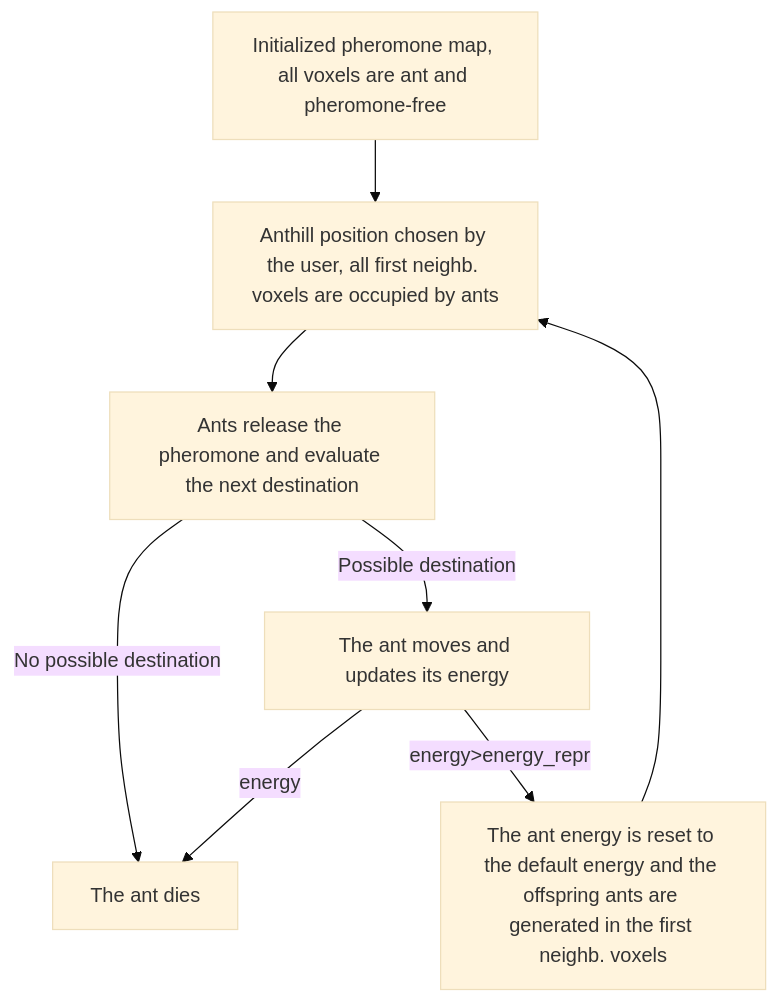
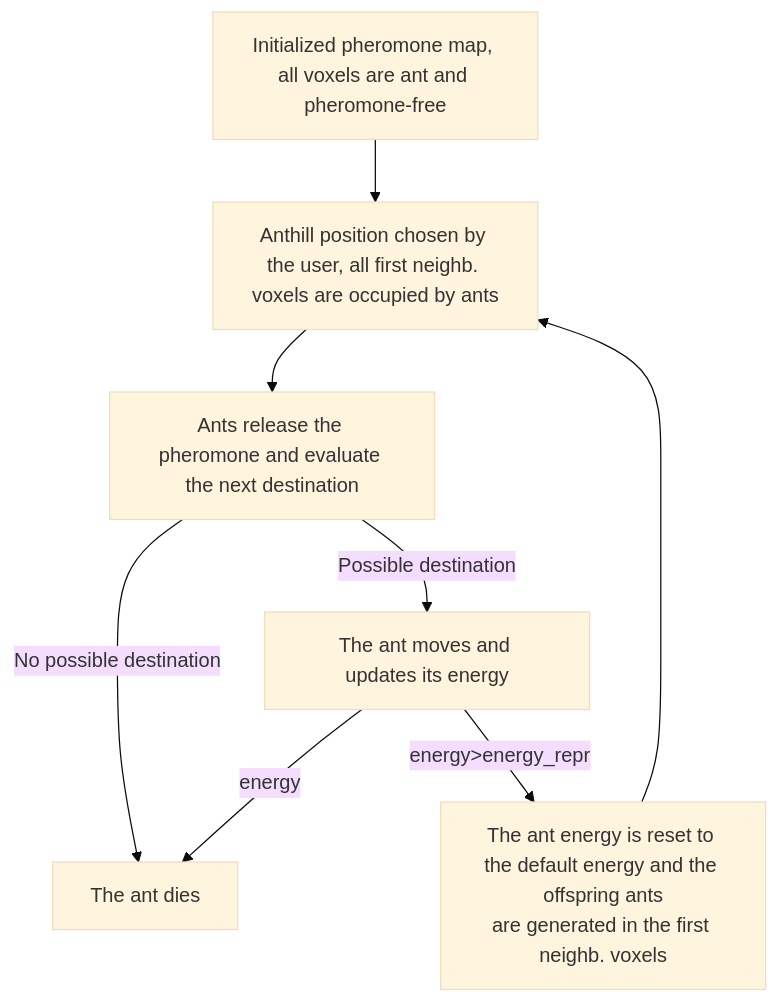
The diagram in README.md (LorenzoPierfederici98/CAM_algorithm), drawn with Mermaid (base theme) before and after one commit.

````diff
--- a/README.md
+++ b/README.md
@@ -16,10 +16,11 @@
 ```mermaid
 graph TD;
     A[Initialized pheromone map, all voxels are ant and pheromone-free]-->B[Anthill position chosen by the user, all first neighb. voxels are occupied by ants];
     B-->C[Ants release the pheromone and evaluate the next destination];
     C-->|No possible destination| D[The ant dies];
     C-->|Possible destination| E[The ant moves and updates its energy];
     E-->|energy<energy_death| D
-    E-->|energy>energy_repr| F[The ant energy is reset to the default energy and the offspring ants are generated in the first neighb. voxels]
+    E-->|energy>energy_repr| F[The ant energy is reset to the default energy and the offspring ants
+are generated in the first neighb. voxels]
     F-->B
 ```
````
